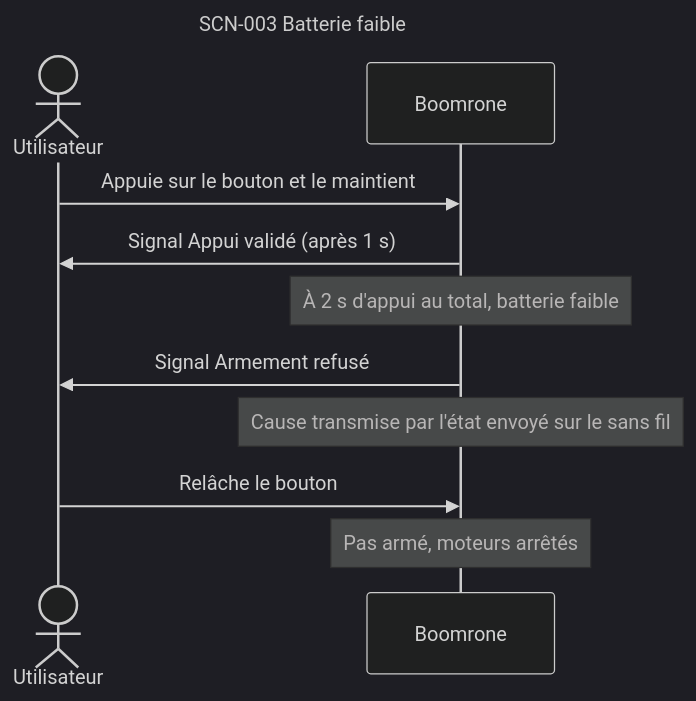
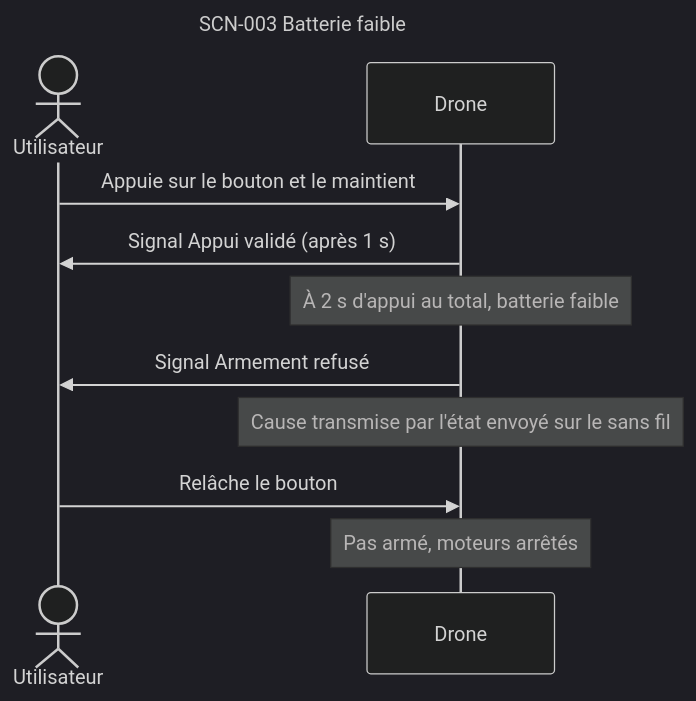
The seventh of 15 diagrams in projets/boomrone/00-scenarios.md (thourymatthieu-png/coworker_archi_system), drawn with Mermaid (dark theme) before and after one commit. The commit also changed other lines of this file and 5 other files, not shown here.

Commit message:
Boomrone : diagrammes d'ensemble scindés (a, b, c), glossaire, relectures de porte, DEC-083 à DEC-086, doutes DOU-085 à DOU-090

````diff
--- a/projets/boomrone/00-scenarios.md
+++ b/projets/boomrone/00-scenarios.md
@@ -241,15 +389,15 @@
 ```mermaid
 ---
 title: "SCN-003 Batterie faible"
 ---
 sequenceDiagram
     actor U as Utilisateur
-    participant D as Boomrone
+    participant D as Drone
     U->>D: Appuie sur le bouton et le maintient
     D->>U: Signal Appui validé (après 1 s)
     Note over D: À 2 s d'appui au total, batterie faible
     D->>U: Signal Armement refusé
     Note over D: Cause transmise par l'état envoyé sur le sans fil
     U->>D: Relâche le bouton
     Note over D: Pas armé, moteurs arrêtés
 ```
````
